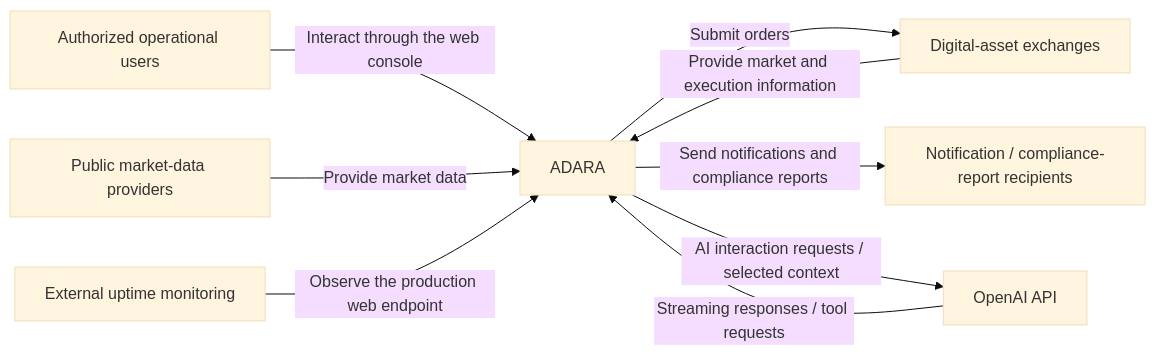
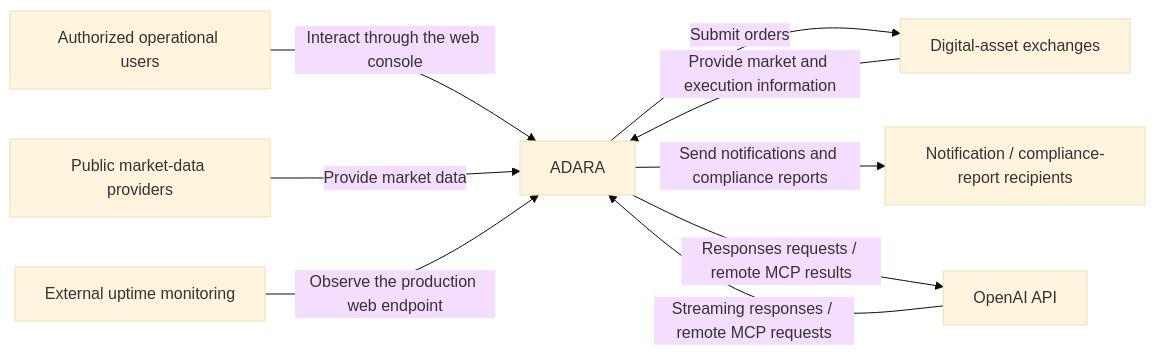
The diagram in diagrams/system-context.md (gabrielesor/adara-public-case-study), drawn with Mermaid (base theme) before and after one commit. The commit also changed other lines of this file and 11 other files, not shown here.

````diff
--- a/diagrams/system-context.md
+++ b/diagrams/system-context.md
@@ -5,19 +5,19 @@
 ```mermaid
 flowchart LR
     users["Authorized operational users"]
     providers["Public market-data providers"]
     exchanges["Digital-asset exchanges"]
     recipients["Notification / compliance-report recipients"]
     monitoring["External uptime monitoring"]
     aiService["OpenAI API"]
     adara["ADARA"]
 
     users -->|"Interact through the web console"| adara
     providers -->|"Provide market data"| adara
     exchanges -->|"Provide market and execution information"| adara
     adara -->|"Submit orders"| exchanges
     adara -->|"Send notifications and compliance reports"| recipients
     monitoring -->|"Observe the production web endpoint"| adara
-    adara -->|"AI interaction requests / selected context"| aiService
-    aiService -->|"Streaming responses / tool requests"| adara
+    adara -->|"Responses requests / remote MCP results"| aiService
+    aiService -->|"Streaming responses / remote MCP requests"| adara
 ```
````
